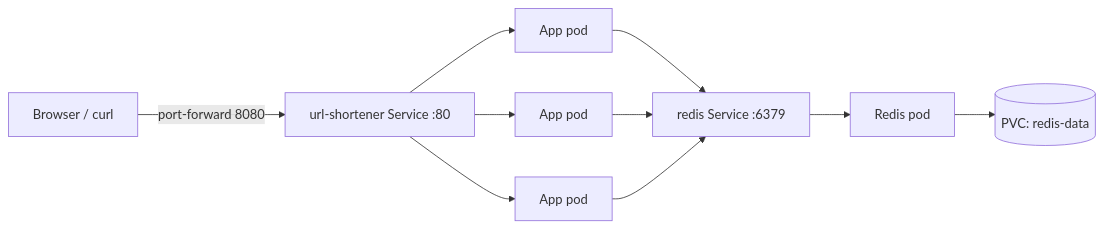
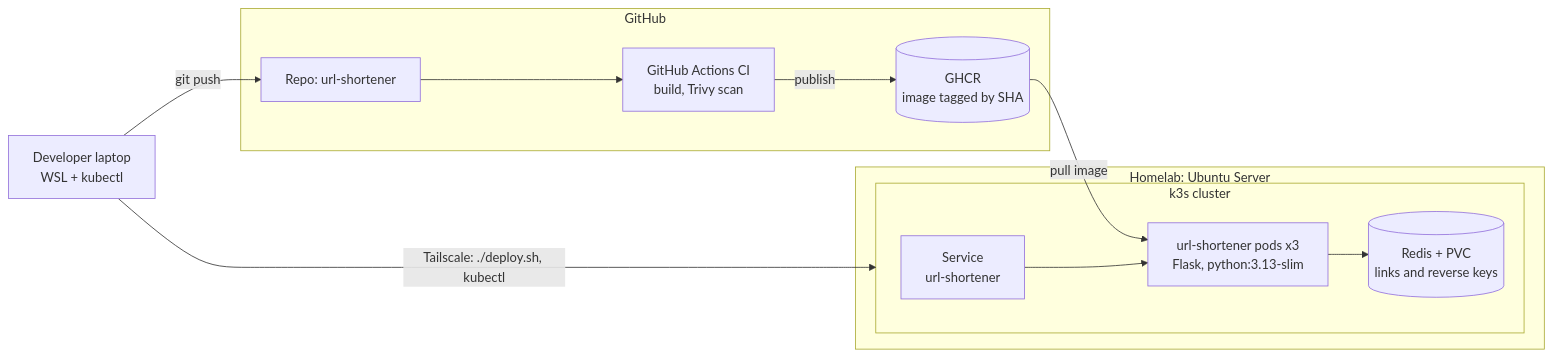
Before and after one commit to jxcarter92/url-shortener: the diagram in README.md, drawn with Mermaid. The commit also changed other lines of this file, not shown here.

Commit message:
Update README for homelab, CI/DC, and new features [skip ci]

````diff
--- a/README.md
+++ b/README.md
@@ -24,10 +31,26 @@
 ```mermaid
 flowchart LR
-    B[Browser / curl] -->|port-forward 8080| S[url-shortener Service :80]
-    S --> P1[App pod]
-    S --> P2[App pod]
-    S --> P3[App pod]
-    P1 & P2 & P3 --> R[redis Service :6379]
-    R --> RP[Redis pod]
-    RP --> PVC[(PVC: redis-data)]
+    DEV[Developer laptop<br/>WSL + kubectl]
+
+    subgraph GH [GitHub]
+        CODE[Repo: url-shortener]
+        CI[GitHub Actions CI<br/>build, Trivy scan]
+        GHCR[(GHCR<br/>image tagged by SHA)]
+    end
+
+    subgraph HL [Homelab: Ubuntu Server]
+        subgraph K3S [k3s cluster]
+            SVC[Service<br/>url-shortener]
+            APP[url-shortener pods x3<br/>Flask, python:3.13-slim]
+            REDIS[(Redis + PVC<br/>links and reverse keys)]
+        end
+    end
+
+    DEV -->|git push| CODE
+    CODE --> CI
+    CI -->|publish| GHCR
+    DEV -->|Tailscale: ./deploy.sh, kubectl| K3S
+    GHCR -->|pull image| APP
+    SVC --> APP
+    APP --> REDIS
 ```
````
